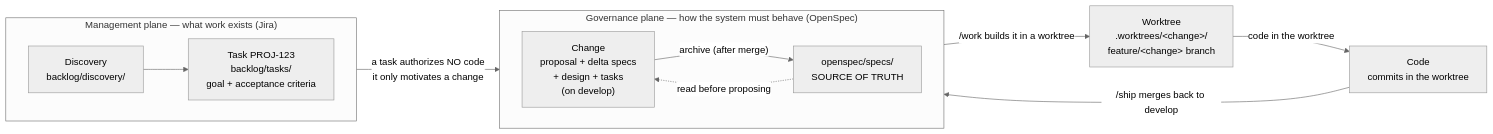
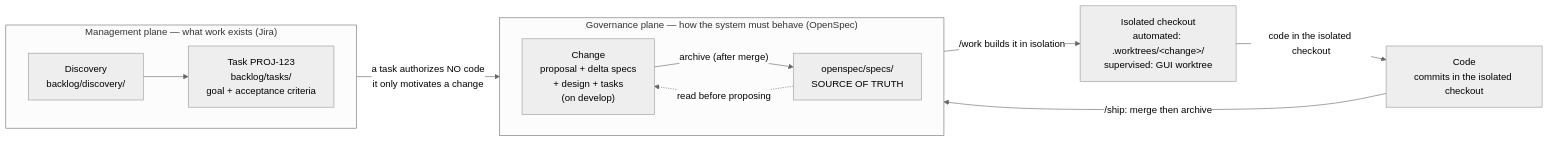
Before and after one commit to davidpv/opsx-spec-driven-development-toolkit: the diagram in README.md, drawn with Mermaid (neutral theme). The commit also changed other lines of this file and 30 other files, not shown here.

Commit message:
feat(workflow): add supervised work mode

````diff
--- a/README.md
+++ b/README.md
@@ -21,21 +21,21 @@
 ```mermaid
 flowchart LR
     subgraph MGMT["Management plane — what work exists (Jira)"]
         direction LR
         D["Discovery<br/>backlog/discovery/"] --> T["Task PROJ-123<br/>backlog/tasks/<br/>goal + acceptance criteria"]
     end
 
     subgraph GOV["Governance plane — how the system must behave (OpenSpec)"]
         direction LR
         C["Change<br/>proposal + delta specs<br/>+ design + tasks<br/>(on develop)"] -- "archive (after merge)" --> S["openspec/specs/<br/>SOURCE OF TRUTH"]
         S -. "read before proposing" .-> C
     end
 
-    W["Worktree<br/>.worktrees/&lt;change&gt;/<br/>feature/&lt;change&gt; branch"]
-    CODE["Code<br/>commits in the worktree"]
+    W["Isolated checkout<br/>automated: .worktrees/&lt;change&gt;/<br/>supervised: GUI worktree"]
+    CODE["Code<br/>commits in the isolated checkout"]
 
     T -- "a task authorizes NO code<br/>it only motivates a change" --> C
-    C -- "/work builds it in a worktree" --> W
-    W -- "code in the worktree" --> CODE
-    CODE -- "/ship merges back to develop" --> C
+    C -- "/work builds it in isolation" --> W
+    W -- "code in the isolated checkout" --> CODE
+    CODE -- "/ship: merge then archive" --> C
 ```
````
